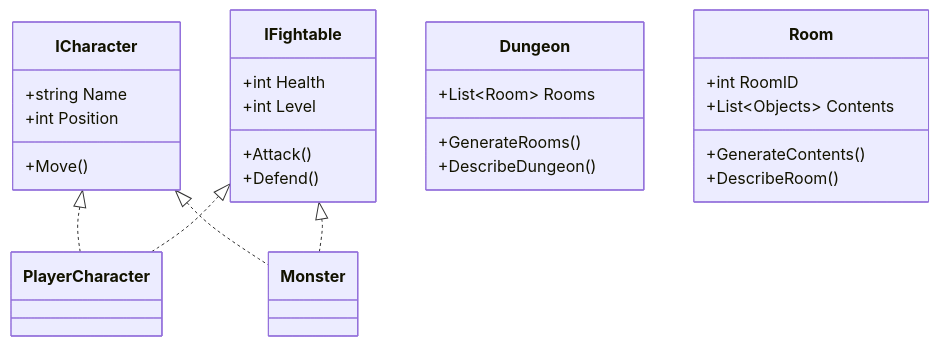
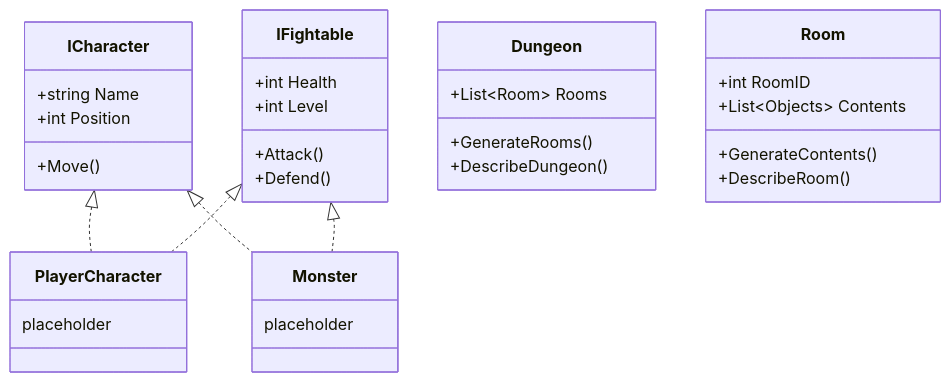
Before and after one commit to Aidenwebb/aidenwebb.github.io: the second of 2 diagrams in blog/content/posts/2022-08-16-building-a-mud-part-1/index.md, drawn with Mermaid. The commit also changed other lines of this file, not shown here.

Commit message:
Fix class diagram, add headnote

````diff
--- a/blog/content/posts/2022-08-16-building-a-mud-part-1/index.md
+++ b/blog/content/posts/2022-08-16-building-a-mud-part-1/index.md
@@ -181,34 +183,36 @@
 ```mermaid
 classDiagram
   ICharacter <|.. PlayerCharacter
   ICharacter <|.. Monster
   IFightable <|.. PlayerCharacter
   IFightable <|.. Monster
 
   class Dungeon{
     +List~Room~ Rooms
     +GenerateRooms()
     +DescribeDungeon()
   }
   class Room{
     +int RoomID
     +List~Objects~ Contents
     +GenerateContents()
     +DescribeRoom()
   }
   class ICharacter{
     +string Name
     +int Position
     +Move()
   }
   class IFightable{
     +int Health
     +int Level
     +Attack()
     +Defend()
   }
   class PlayerCharacter{
+    placeholder
     }
   class Monster{
+    placeholder
   }
 ```
````
